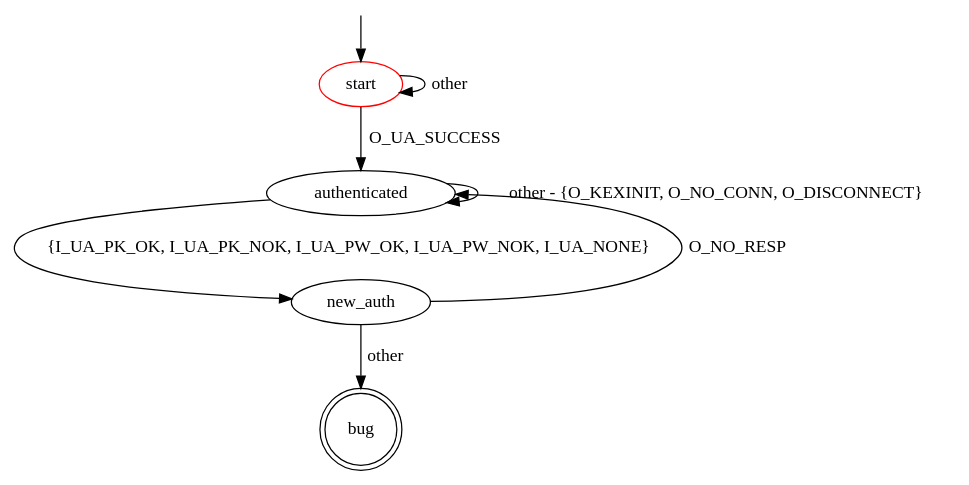
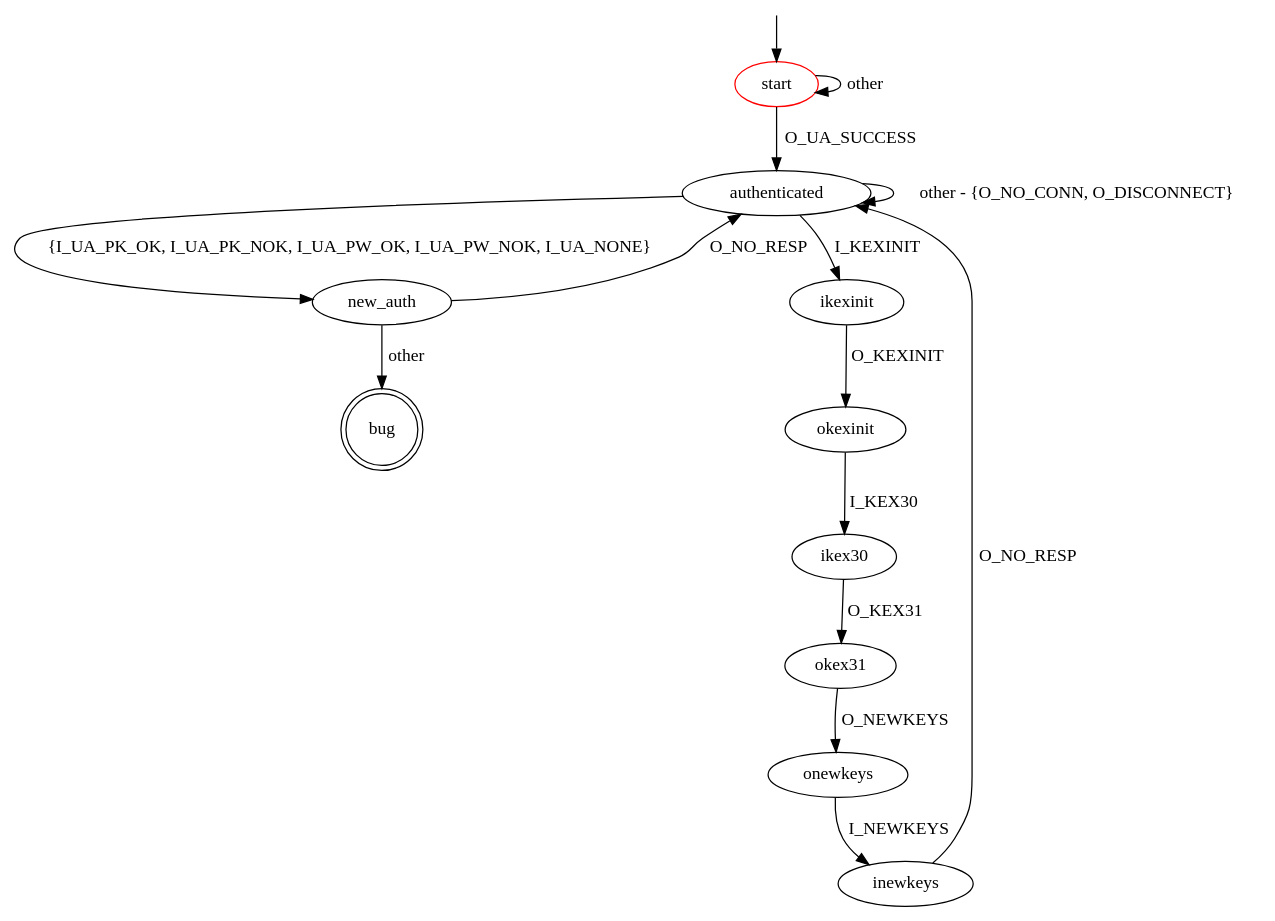
One commit to assist-project/state-machine-bug-finder changed the diagram in src/main/resources/patterns/ssh/auth_not_ignored.dot. Above: the diagram before and after it, drawn with Graphviz. The commit also changed 4 other files, not shown here.

```diff
--- a/src/main/resources/patterns/ssh/auth_not_ignored.dot
+++ b/src/main/resources/patterns/ssh/auth_not_ignored.dot
@@ -1,15 +1,25 @@
 digraph G {
 label=""
 start [color="red"]
 bug [shape="doublecircle"]
 
 start -> authenticated [label="O_UA_SUCCESS"]
 start -> start [label="other"]
+
 authenticated -> new_auth [label="{I_UA_PK_OK, I_UA_PK_NOK, I_UA_PW_OK, I_UA_PW_NOK, I_UA_NONE}"]
-authenticated -> authenticated [label="other - {O_KEXINIT, O_NO_CONN, O_DISCONNECT}"]
+authenticated -> ikexinit [label="I_KEXINIT"]
+authenticated -> authenticated [label="other - {O_NO_CONN, O_DISCONNECT}"]
+
 new_auth -> authenticated [label="O_NO_RESP"]
 new_auth -> bug [label="other"]
+
+ikexinit -> okexinit [label="O_KEXINIT"]
+okexinit -> ikex30 [label="I_KEX30"]
+ikex30 -> okex31 [label="O_KEX31"]
+okex31 -> onewkeys [label="O_NEWKEYS"]
+onewkeys -> inewkeys [label="I_NEWKEYS"]
+inewkeys -> authenticated [label="O_NO_RESP"]
 
 __start0 [label="" shape="none" width="0" height="0"];
 __start0 -> start;
 }
```
